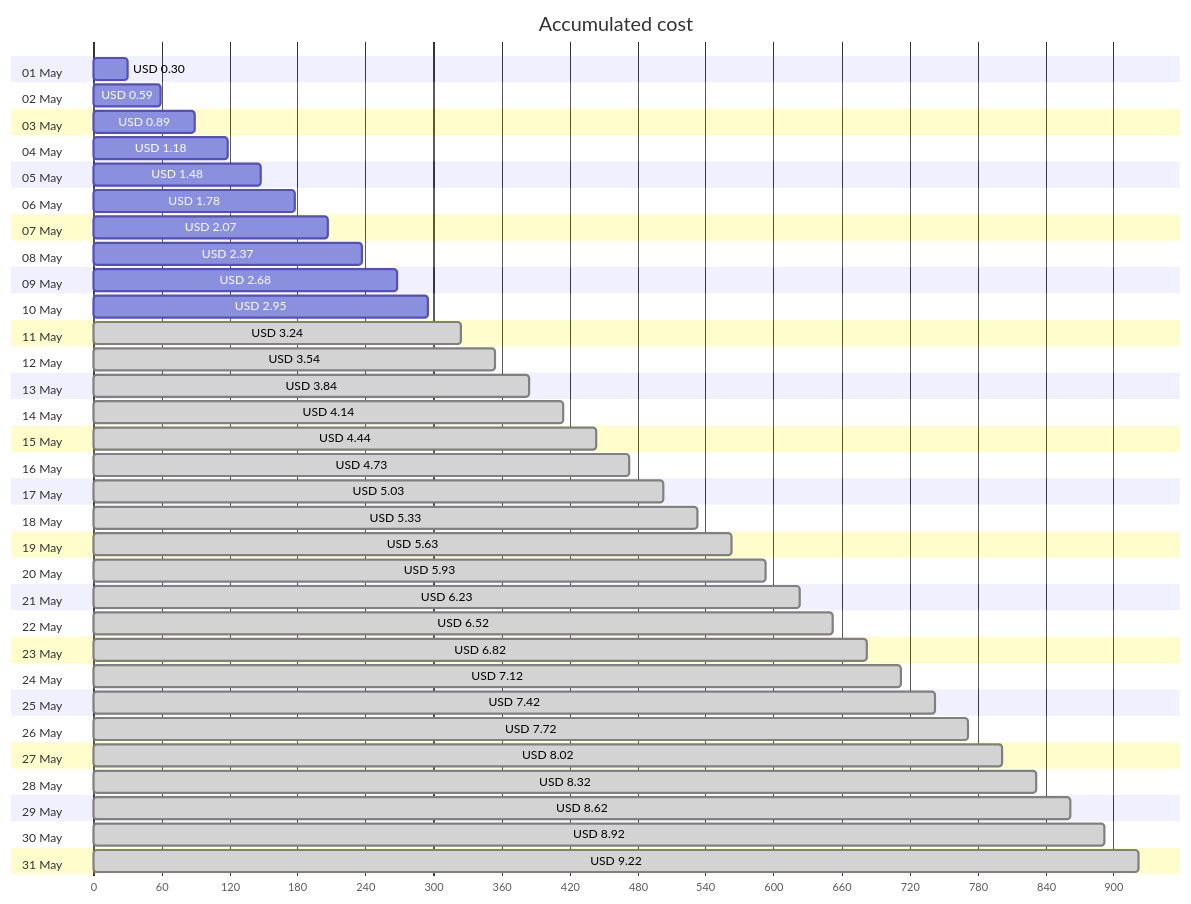
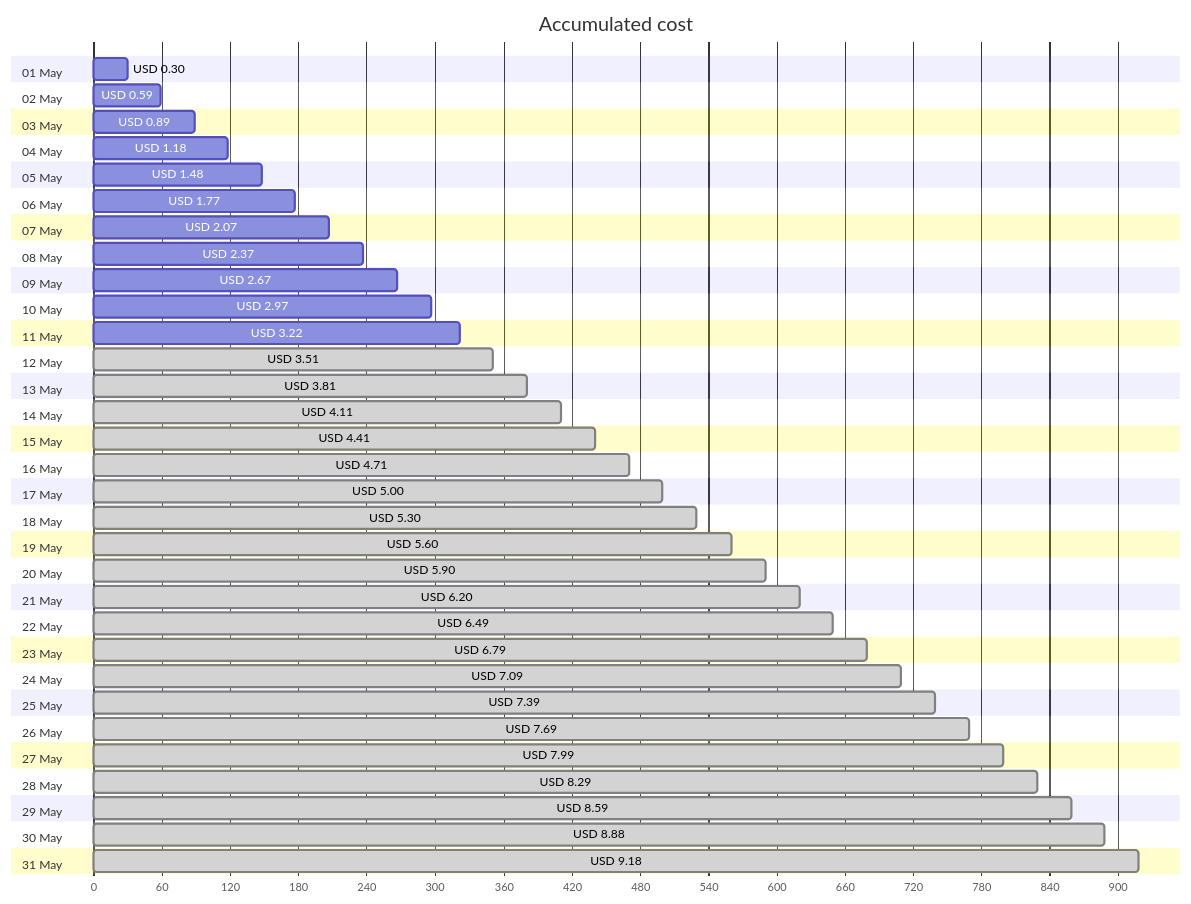
Before and after one commit to jpfulton/azure-personal-reports: the first of 4 diagrams in cost-reports/personal-site/personal-site-preview.md, drawn with Mermaid. The commit also changed other lines of this file and 6 other files, not shown here.

````diff
--- a/cost-reports/personal-site/personal-site-preview.md
+++ b/cost-reports/personal-site/personal-site-preview.md
@@ -20,68 +20,68 @@
 ```mermaid
 gantt
    title Accumulated cost
    dateFormat  X
    axisFormat %s
    section 01 May
    USD 0.30 :0, 30
    section 02 May
    USD 0.59 :0, 59
    section 03 May
    USD 0.89 :0, 89
    section 04 May
    USD 1.18 :0, 118
    section 05 May
    USD 1.48 :0, 148
    section 06 May
-   USD 1.78 :0, 178
+   USD 1.77 :0, 177
    section 07 May
    USD 2.07 :0, 207
    section 08 May
    USD 2.37 :0, 237
    section 09 May
-   USD 2.68 :0, 268
+   USD 2.67 :0, 267
    section 10 May
-   USD 2.95 :0, 295
+   USD 2.97 :0, 297
    section 11 May
-   USD 3.24 : done, 0, 324
+   USD 3.22 :0, 322
    section 12 May
-   USD 3.54 : done, 0, 354
+   USD 3.51 : done, 0, 351
    section 13 May
-   USD 3.84 : done, 0, 384
+   USD 3.81 : done, 0, 381
    section 14 May
-   USD 4.14 : done, 0, 414
+   USD 4.11 : done, 0, 411
    section 15 May
-   USD 4.44 : done, 0, 444
+   USD 4.41 : done, 0, 441
    section 16 May
-   USD 4.73 : done, 0, 473
+   USD 4.71 : done, 0, 471
    section 17 May
-   USD 5.03 : done, 0, 503
+   USD 5.00 : done, 0, 500
    section 18 May
-   USD 5.33 : done, 0, 533
+   USD 5.30 : done, 0, 530
    section 19 May
-   USD 5.63 : done, 0, 563
+   USD 5.60 : done, 0, 560
    section 20 May
-   USD 5.93 : done, 0, 593
+   USD 5.90 : done, 0, 590
    section 21 May
-   USD 6.23 : done, 0, 623
+   USD 6.20 : done, 0, 620
    section 22 May
-   USD 6.52 : done, 0, 652
+   USD 6.49 : done, 0, 649
    section 23 May
-   USD 6.82 : done, 0, 682
+   USD 6.79 : done, 0, 679
    section 24 May
-   USD 7.12 : done, 0, 712
+   USD 7.09 : done, 0, 709
    section 25 May
-   USD 7.42 : done, 0, 742
+   USD 7.39 : done, 0, 739
    section 26 May
-   USD 7.72 : done, 0, 772
+   USD 7.69 : done, 0, 769
    section 27 May
-   USD 8.02 : done, 0, 802
+   USD 7.99 : done, 0, 799
    section 28 May
-   USD 8.32 : done, 0, 832
+   USD 8.29 : done, 0, 829
    section 29 May
-   USD 8.62 : done, 0, 862
+   USD 8.59 : done, 0, 859
    section 30 May
-   USD 8.92 : done, 0, 892
+   USD 8.88 : done, 0, 888
    section 31 May
-   USD 9.22 : done, 0, 922
+   USD 9.18 : done, 0, 918
 ```
````
